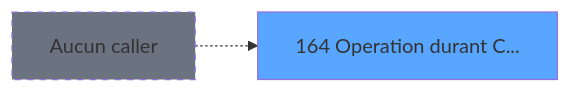
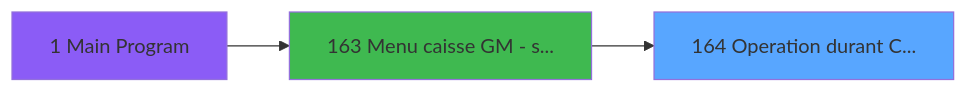
Before and after one commit to thonyAGP/lecteur-magic: the second of 3 diagrams in .openspec/specs/ADH-IDE-164.md, drawn with Mermaid. The commit also changed other lines of this file and 493 other files, not shown here.

````diff
--- a/.openspec/specs/ADH-IDE-164.md
+++ b/.openspec/specs/ADH-IDE-164.md
@@ -134,8 +159,11 @@
 ```mermaid
 graph LR
     T164[164 Operation durant C...]
     style T164 fill:#58a6ff
-    NONE[Aucun caller]
-    NONE -.-> T164
-    style NONE fill:#6b7280,stroke-dasharray: 5 5
+    CC1[1 Main Program]
+    style CC1 fill:#8b5cf6
+    CC163[163 Menu caisse GM - s...]
+    style CC163 fill:#3fb950
+    CC1 --> CC163
+    CC163 --> T164
 ```
````
